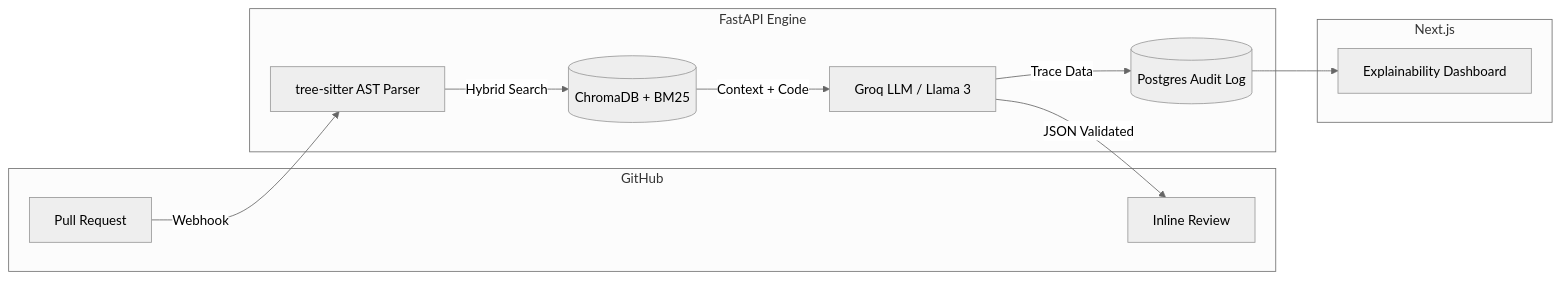
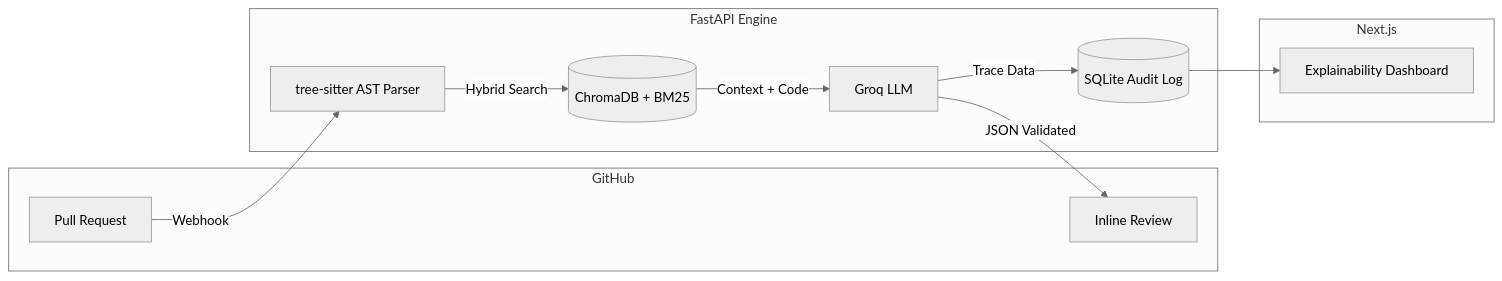
One commit to ksprabhatkumar/RAG-based-Code-Review-Assistant changed the diagram in readMe.md. Above: the diagram before and after it, drawn with Mermaid (neutral theme). The commit also changed other lines of this file and 2 other files, not shown here.

````diff
--- a/readMe.md
+++ b/readMe.md
@@ -38,25 +37,25 @@
 ```mermaid
 flowchart LR
     subgraph GitHub
         PR[Pull Request]
         Comment[Inline Review]
     end
 
     subgraph Backend [FastAPI Engine]
         Parse[tree-sitter AST Parser]
         DB[(ChromaDB + BM25)]
-        LLM[Groq LLM / Llama 3]
-        Audit[(Postgres Audit Log)]
+        LLM[Groq LLM]
+        Audit[(SQLite Audit Log)]
     end
 
     subgraph Frontend [Next.js]
         Dash[Explainability Dashboard]
     end
 
     PR -- Webhook --> Parse
     Parse -- Hybrid Search --> DB
     DB -- Context + Code --> LLM
     LLM -- JSON Validated --> Comment
     LLM -- Trace Data --> Audit
     Audit --> Dash
 ```
````
